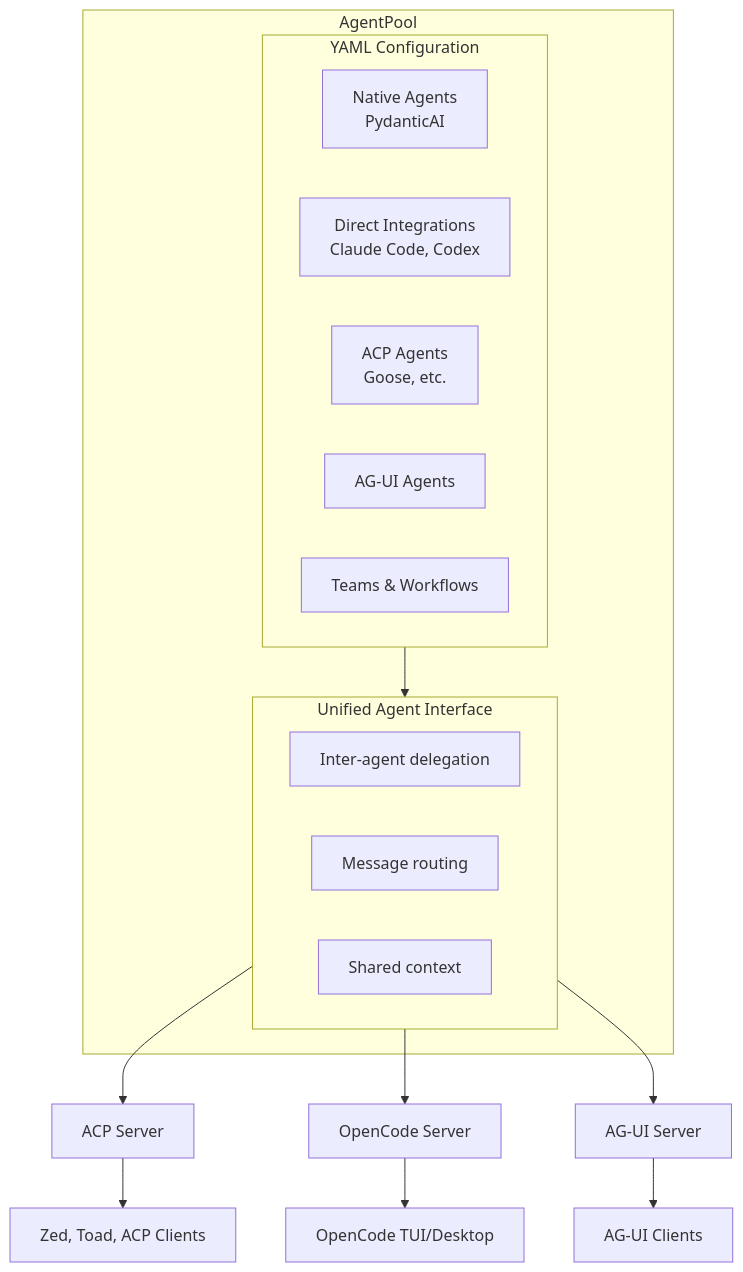
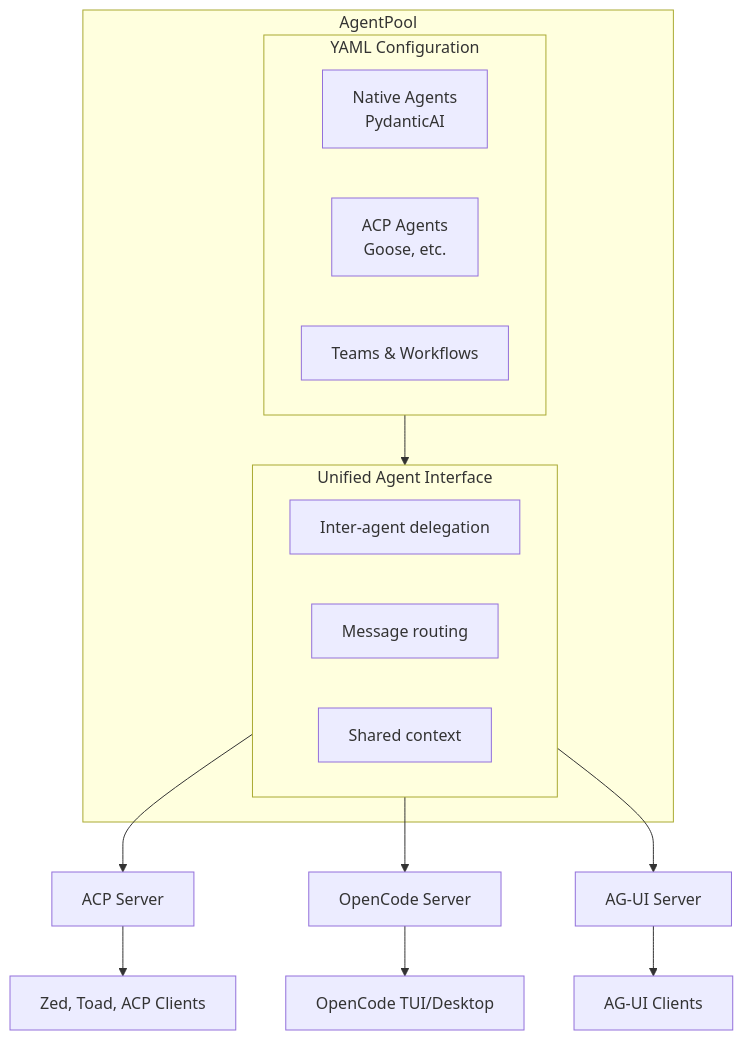
Before and after one commit to Leoyzen/agentpool: the diagram in README.md, drawn with Mermaid. The commit also changed other lines of this file and 117 other files, not shown here.

````diff
--- a/README.md
+++ b/README.md
@@ -21,28 +21,26 @@
 ```mermaid
 flowchart TB
     subgraph AgentPool
         subgraph config[YAML Configuration]
             native[Native Agents<br/>PydanticAI]
-            direct[Direct Integrations<br/>Claude Code, Codex]
             acp_agents[ACP Agents<br/>Goose, etc.]
-            agui_agents[AG-UI Agents]
             workflows[Teams & Workflows]
         end
         
         subgraph interface[Unified Agent Interface]
             delegation[Inter-agent delegation]
             routing[Message routing]
             context[Shared context]
         end
         
         config --> interface
     end
     
     interface --> acp_server[ACP Server]
     interface --> opencode_server[OpenCode Server]
     interface --> agui_server[AG-UI Server]
     
     acp_server --> clients1[Zed, Toad, ACP Clients]
     opencode_server --> clients2[OpenCode TUI/Desktop]
     agui_server --> clients3[AG-UI Clients]
 ```
````
